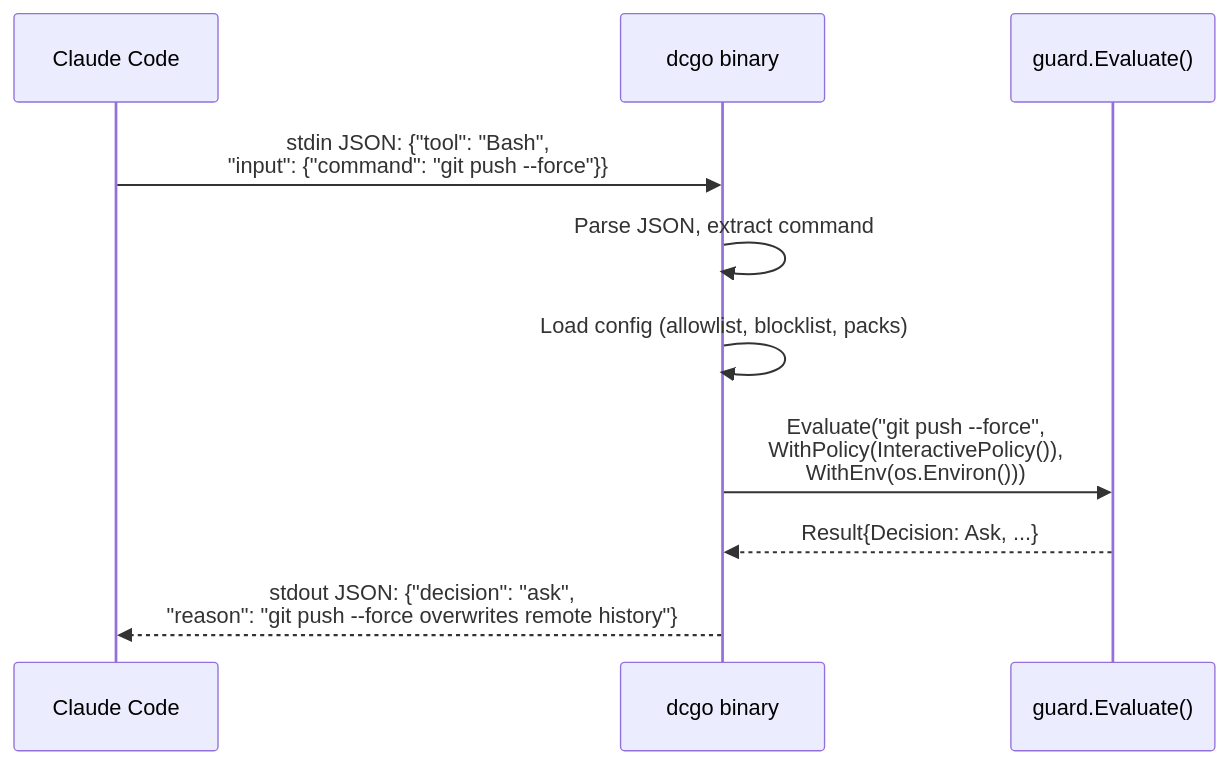
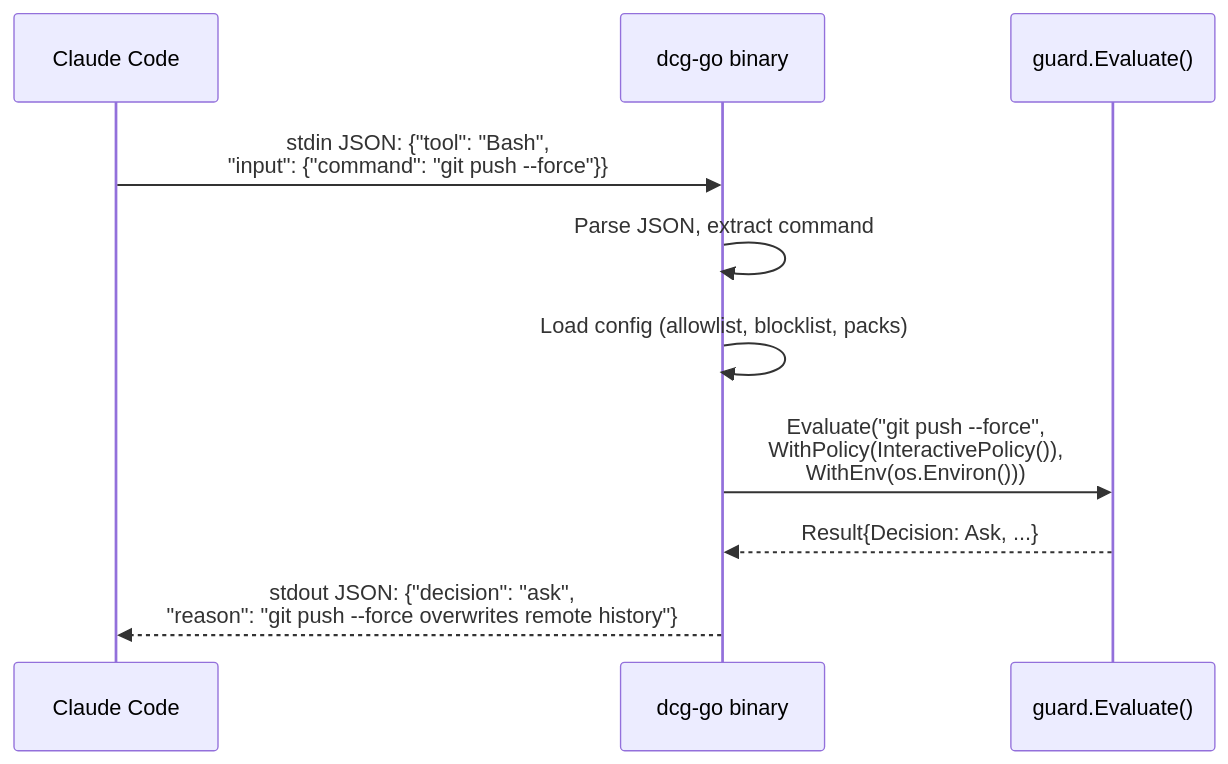
Before and after one commit to dcosson/destructive-command-guard-go: the fourth of 5 diagrams in docs/plans/00-architecture.md, drawn with Mermaid. The commit also changed other lines of this file and 2 other files, not shown here.

Commit message:
Rename binary from dcgo to dcg-go

````diff
--- a/docs/plans/00-architecture.md
+++ b/docs/plans/00-architecture.md
@@ -519,13 +519,13 @@
 ```mermaid
 sequenceDiagram
     participant CC as Claude Code
-    participant DCGO as dcgo binary
+    participant DCGO as dcg-go binary
     participant Guard as guard.Evaluate()
 
     CC->>DCGO: stdin JSON: {"tool": "Bash",<br/>"input": {"command": "git push --force"}}
     DCGO->>DCGO: Parse JSON, extract command
     DCGO->>DCGO: Load config (allowlist, blocklist, packs)
     DCGO->>Guard: Evaluate("git push --force",<br/>WithPolicy(InteractivePolicy()),<br/>WithEnv(os.Environ()))
     Guard-->>DCGO: Result{Decision: Ask, ...}
     DCGO-->>CC: stdout JSON: {"decision": "ask",<br/>"reason": "git push --force overwrites remote history"}
 ```
````
